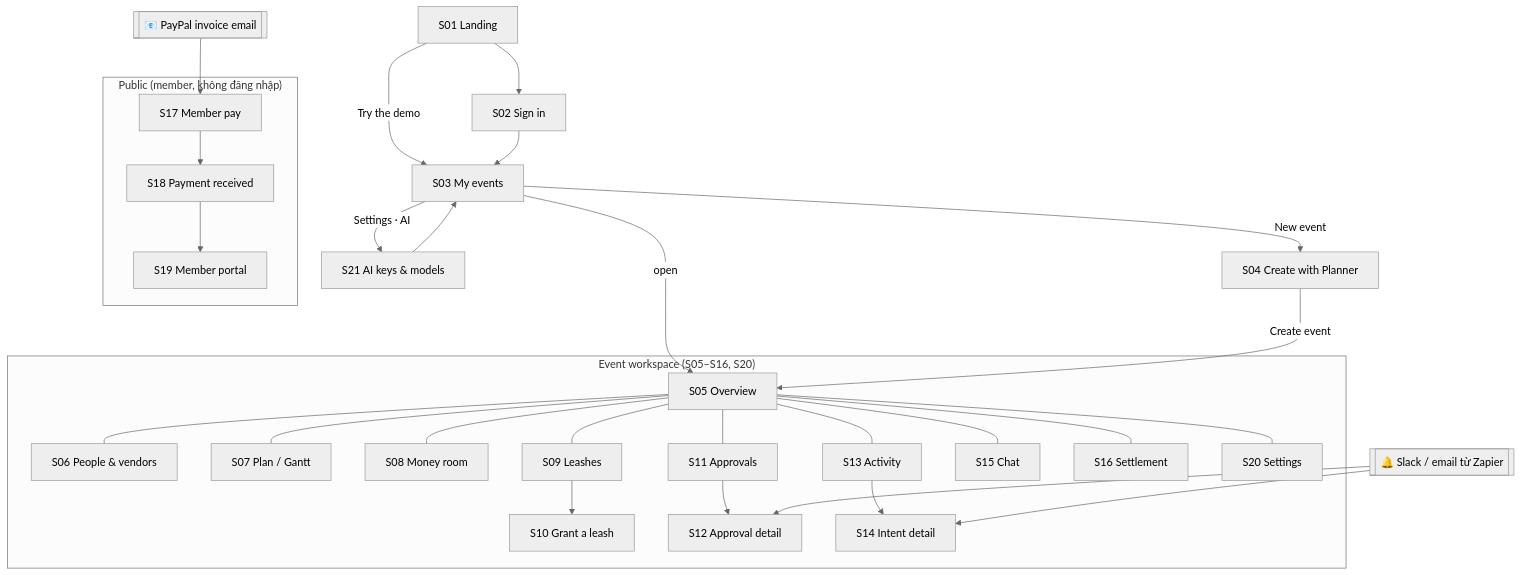
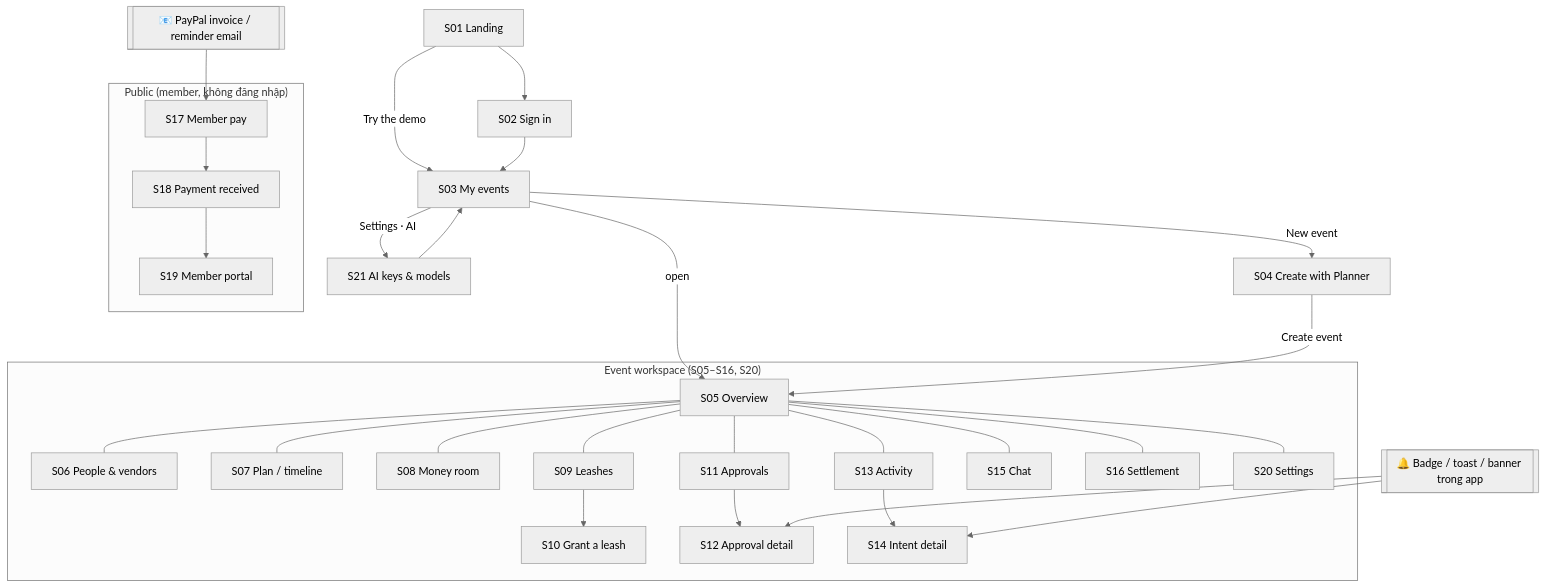
The first of 4 diagrams in docs/23-user-screen-flow.md (huanngdev/kitty), drawn with Mermaid (neutral theme) before and after one commit. The commit also changed other lines of this file and 18 other files, not shown here.

````diff
--- a/docs/23-user-screen-flow.md
+++ b/docs/23-user-screen-flow.md
@@ -88,35 +89,35 @@
 ```mermaid
 flowchart TD
   S01[S01 Landing] --> S02[S02 Sign in]
   S01 -->|Try the demo| S03
   S03 -->|Settings · AI| S21[S21 AI keys & models]
   S21 --> S03
   S02 --> S03[S03 My events]
   S03 -->|New event| S04[S04 Create with Planner]
   S03 -->|open| S05
   S04 -->|Create event| S05[S05 Overview]
 
   subgraph Event["Event workspace (S05–S16, S20)"]
     S05 --- S06[S06 People & vendors]
-    S05 --- S07[S07 Plan / Gantt]
+    S05 --- S07[S07 Plan / timeline]
     S05 --- S08[S08 Money room]
     S05 --- S09[S09 Leashes]
     S09 --> S10[S10 Grant a leash]
     S05 --- S11[S11 Approvals]
     S11 --> S12[S12 Approval detail]
     S05 --- S13[S13 Activity]
     S13 --> S14[S14 Intent detail]
     S05 --- S15[S15 Chat]
     S05 --- S16[S16 Settlement]
     S05 --- S20[S20 Settings]
   end
 
   subgraph Public["Public (member, không đăng nhập)"]
     S17[S17 Member pay] --> S18[S18 Payment received]
     S18 --> S19[S19 Member portal]
   end
 
-  EM[[📧 PayPal invoice email]] --> S17
-  SL[[🔔 Slack / email từ Zapier]] --> S12
-  SL --> S14
+  EM[[📧 PayPal invoice / reminder email]] --> S17
+  NT[[🔔 Badge / toast / banner trong app]] --> S12
+  NT --> S14
 ```
````
